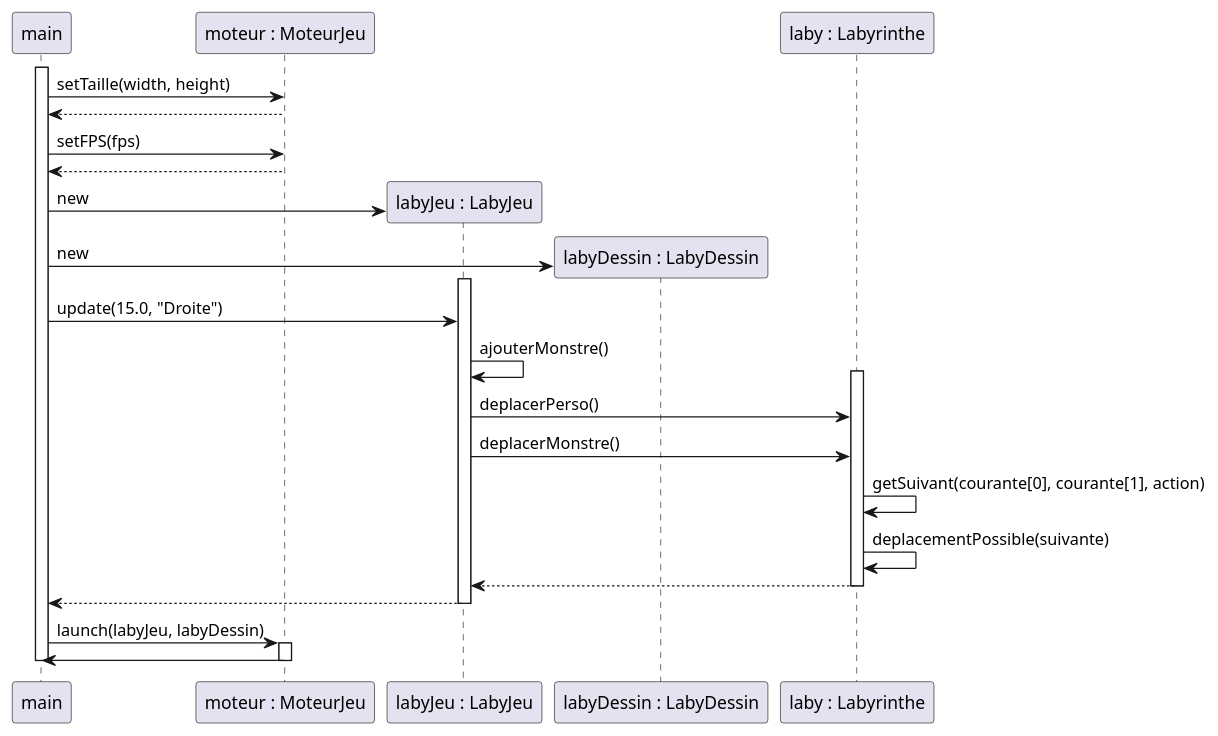
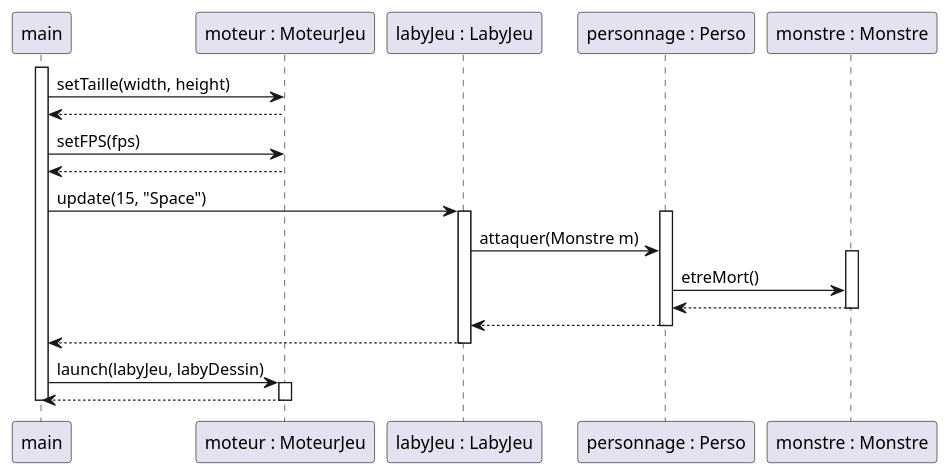
Before and after one commit to Zhi-Sheng-Trieu/2022_Zeldiablo_Doan_Oudin_Trieu_Noel: the diagram in documents/version_4/DiagrammeSequenceAttaqueJoueur.puml, drawn with PlantUML.

Commit message:
diagrammen sequence attaque joueur

```diff
--- a/documents/version_4/DiagrammeSequenceAttaqueJoueur.puml
+++ b/documents/version_4/DiagrammeSequenceAttaqueJoueur.puml
@@ -1,40 +1,38 @@
 @startuml
 participant "main" as main
 participant "moteur : MoteurJeu" as moteur
 participant "labyJeu : LabyJeu" as labyJeu
-participant "labyDessin : LabyDessin" as labyDessin
-participant "laby : Labyrinthe" as laby
+participant "personnage : Perso" as personnage
+participant "monstre : Monstre" as monstre
+
+
 
 
 activate main
     main -> moteur : setTaille(width, height)
     moteur --> main
     main -> moteur : setFPS(fps)
     moteur --> main
-    create labyJeu
-    main -> labyJeu : new
-    create labyDessin
-    main -> labyDessin : new
+    main -> labyJeu : update(15, "Space")
 
     activate labyJeu
-        main -> labyJeu : update(15.0, "Droite")
-        labyJeu -> labyJeu : ajouterMonstre()
-        activate laby
-            labyJeu -> laby : deplacerPerso()
-            labyJeu -> laby : deplacerMonstre()
-            laby -> laby : getSuivant(courante[0], courante[1], action)
-            laby -> laby : deplacementPossible(suivante)
-            laby --> labyJeu
-        deactivate laby
+        activate personnage
+            labyJeu -> personnage : attaquer(Monstre m)
+            activate monstre
+                personnage -> monstre : etreMort()
+                monstre --> personnage
+            deactivate monstre
+            personnage --> labyJeu
+        deactivate personnage
 
-    labyJeu --> main
+        labyJeu --> main
     deactivate labyJeu
 
     main -> moteur : launch(labyJeu, labyDessin)
     activate moteur
-    moteur -> main
+    moteur --> main
     deactivate moteur
 
 deactivate main
 
 @enduml
```
